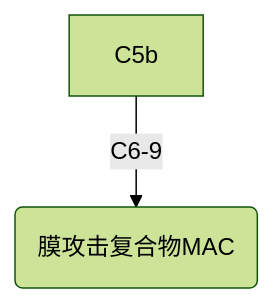
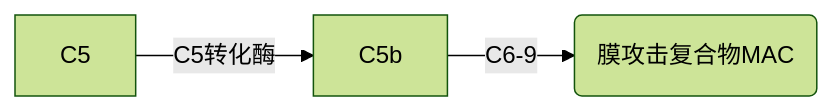
Before and after one commit to heyrict/clinical-medicine-notes: the third of 3 diagrams in Immunology/main.md, drawn with Mermaid (forest theme). The commit also changed other lines of this file and 5 other files, not shown here.

````diff
--- a/Immunology/main.md
+++ b/Immunology/main.md
@@ -322,5 +328,7 @@
     ```mermaid
-    graph TD;
+    graph LR;
       C5b6789n("膜攻击复合物MAC");
+
+      C5 -- "C5转化酶" --> C5b;
       C5b -- "C6-9" --> C5b6789n;
     ```
````
